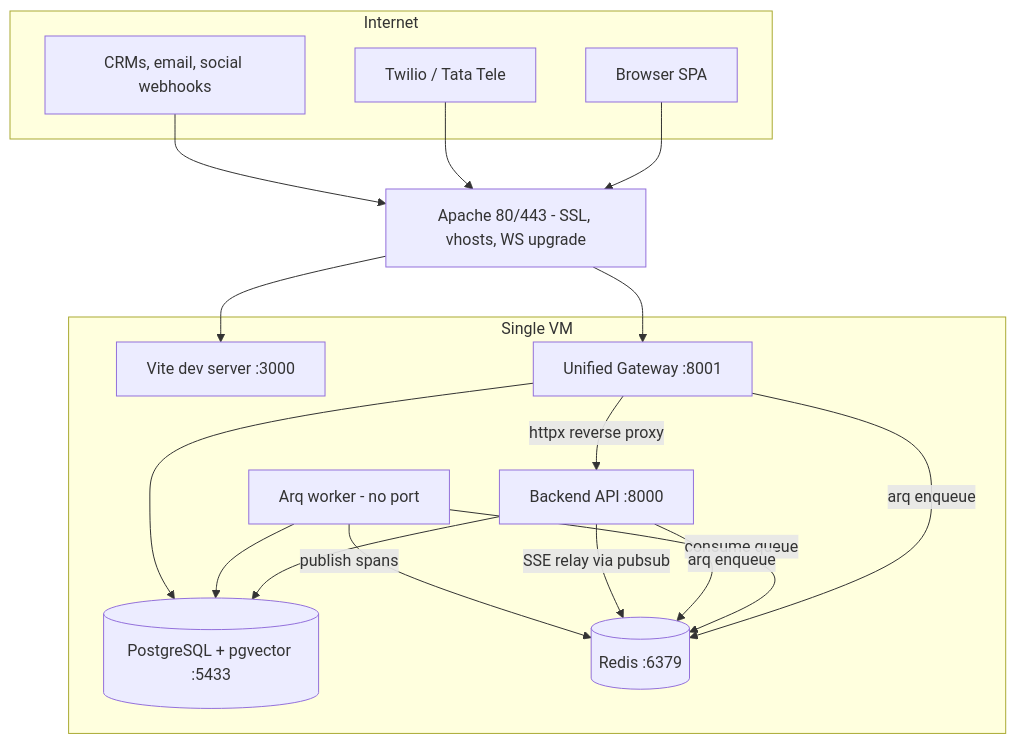
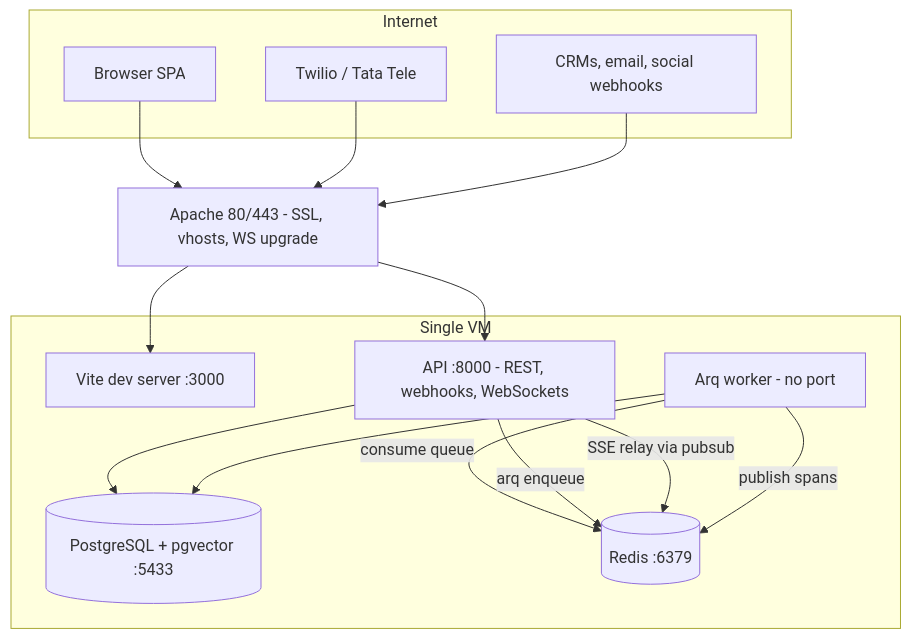
The first of 19 diagrams in docs/current/02-system-architecture.md (gondolerahul/hire-buddha-app), drawn with Mermaid before and after one commit. The commit also changed other lines of this file and 61 other files, not shown here.

````diff
--- a/docs/current/02-system-architecture.md
+++ b/docs/current/02-system-architecture.md
@@ -53,35 +51,31 @@
 ```mermaid
 graph TB
     subgraph Internet
         BROWSER["Browser SPA"]
         TWILIO["Twilio / Tata Tele"]
         EXT["CRMs, email, social webhooks"]
     end
 
     APACHE["Apache 80/443 - SSL, vhosts, WS upgrade"]
 
     subgraph VM["Single VM"]
         FE["Vite dev server :3000"]
-        GW["Unified Gateway :8001"]
-        API["Backend API :8000"]
+        API["API :8000 - REST, webhooks, WebSockets"]
         ARQ["Arq worker - no port"]
         PG[("PostgreSQL + pgvector :5433")]
         RD[("Redis :6379")]
     end
 
     BROWSER --> APACHE
     TWILIO --> APACHE
     EXT --> APACHE
 
     APACHE --> FE
-    APACHE --> GW
-    GW -->|"httpx reverse proxy"| API
-    GW -->|"arq enqueue"| RD
+    APACHE --> API
     ARQ -->|"consume queue"| RD
     API -->|"arq enqueue"| RD
     API --> PG
     ARQ --> PG
-    GW --> PG
     API -->|"SSE relay via pubsub"| RD
     ARQ -->|"publish spans"| RD
 ```
````
